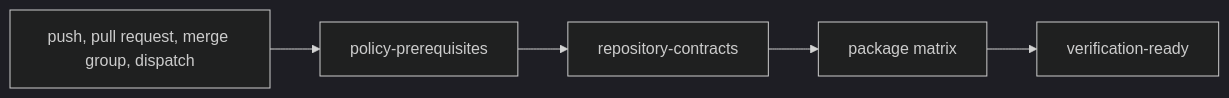
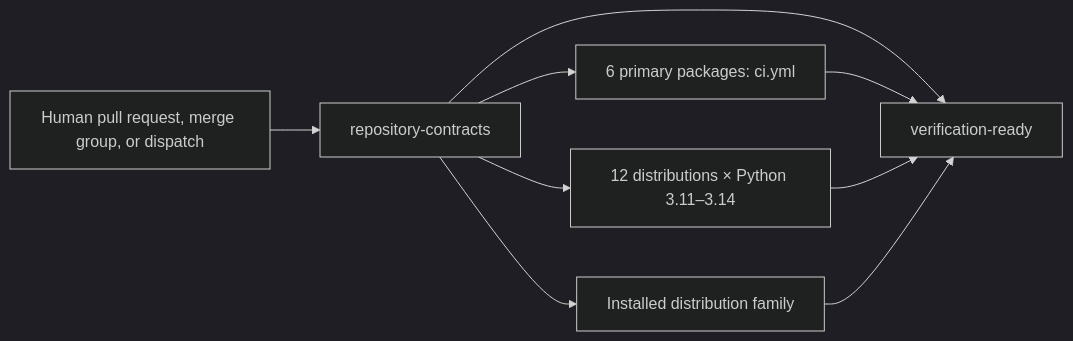
The diagram in docs/07-bijux-canon-maintain/gh-workflows/verify.md (bijux/bijux-canon), drawn with Mermaid (dark theme) before and after one commit. The commit also changed other lines of this file and 5 other files, not shown here.

````diff
--- a/docs/07-bijux-canon-maintain/gh-workflows/verify.md
+++ b/docs/07-bijux-canon-maintain/gh-workflows/verify.md
@@ -16,10 +16,11 @@
 ```mermaid
 flowchart LR
-    event["push, pull request, merge group, dispatch"]
-    policy["policy-prerequisites"]
-    repo["repository-contracts"]
-    matrix["package matrix"]
-    ready["verification-ready"]
-
-    event --> policy --> repo --> matrix --> ready
+    human["Human pull request, merge group, or dispatch"] --> repo["repository-contracts"]
+    repo --> primary["6 primary packages: ci.yml"]
+    repo --> supported["12 distributions × Python 3.11–3.14"]
+    repo --> installed["Installed distribution family"]
+    repo --> ready["verification-ready"]
+    primary --> ready
+    supported --> ready
+    installed --> ready
 ```
````
